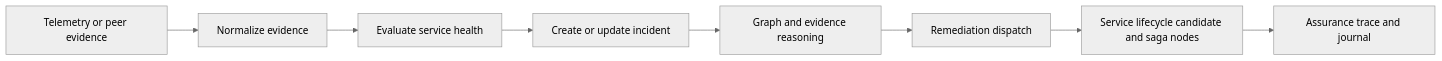
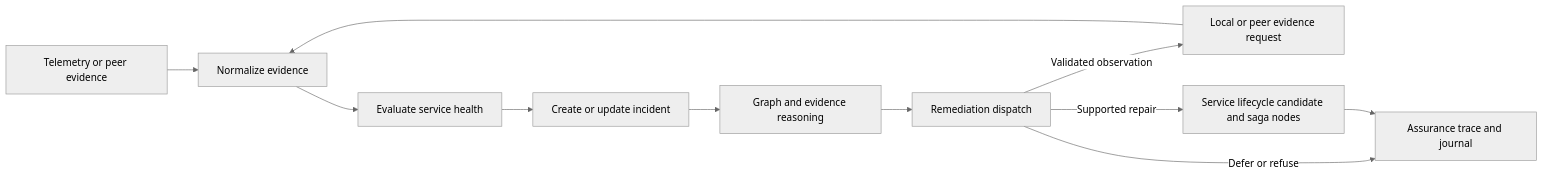
The third of 5 diagrams in docs/langgraph-node-catalog.md (allenabishekGithub/inter-domain-automatedNetworking), drawn with Mermaid (neutral theme) before and after one commit. The commit also changed other lines of this file and 12 other files, not shown here.

````diff
--- a/docs/langgraph-node-catalog.md
+++ b/docs/langgraph-node-catalog.md
@@ -122,10 +136,13 @@
 ```mermaid
 flowchart LR
     T[Telemetry or peer evidence] --> E[Normalize evidence]
     E --> H[Evaluate service health]
     H --> I[Create or update incident]
     I --> R[Graph and evidence reasoning]
     R --> D[Remediation dispatch]
-    D --> S[Service lifecycle candidate and saga nodes]
-    S --> J[Assurance trace and journal]
+    D -->|Validated observation| O[Local or peer evidence request]
+    O --> E
+    D -->|Supported repair| S[Service lifecycle candidate and saga nodes]
+    D -->|Defer or refuse| J[Assurance trace and journal]
+    S --> J
 ```
````
